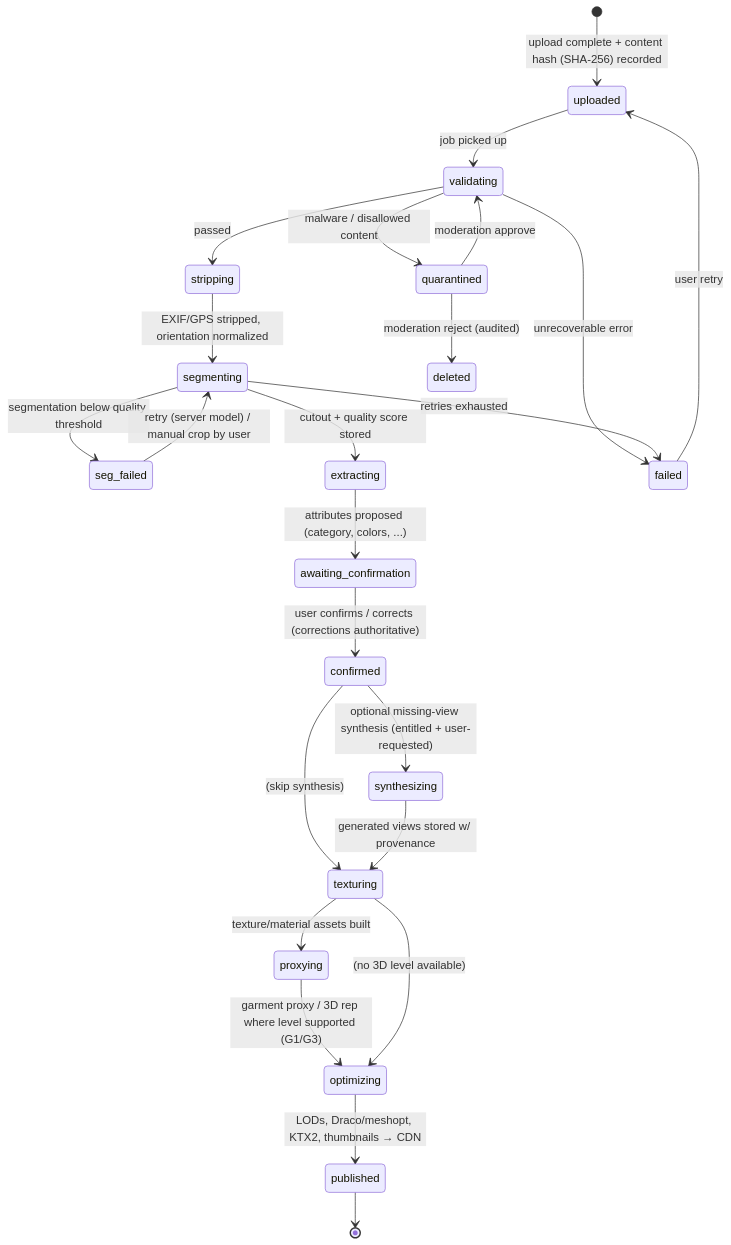
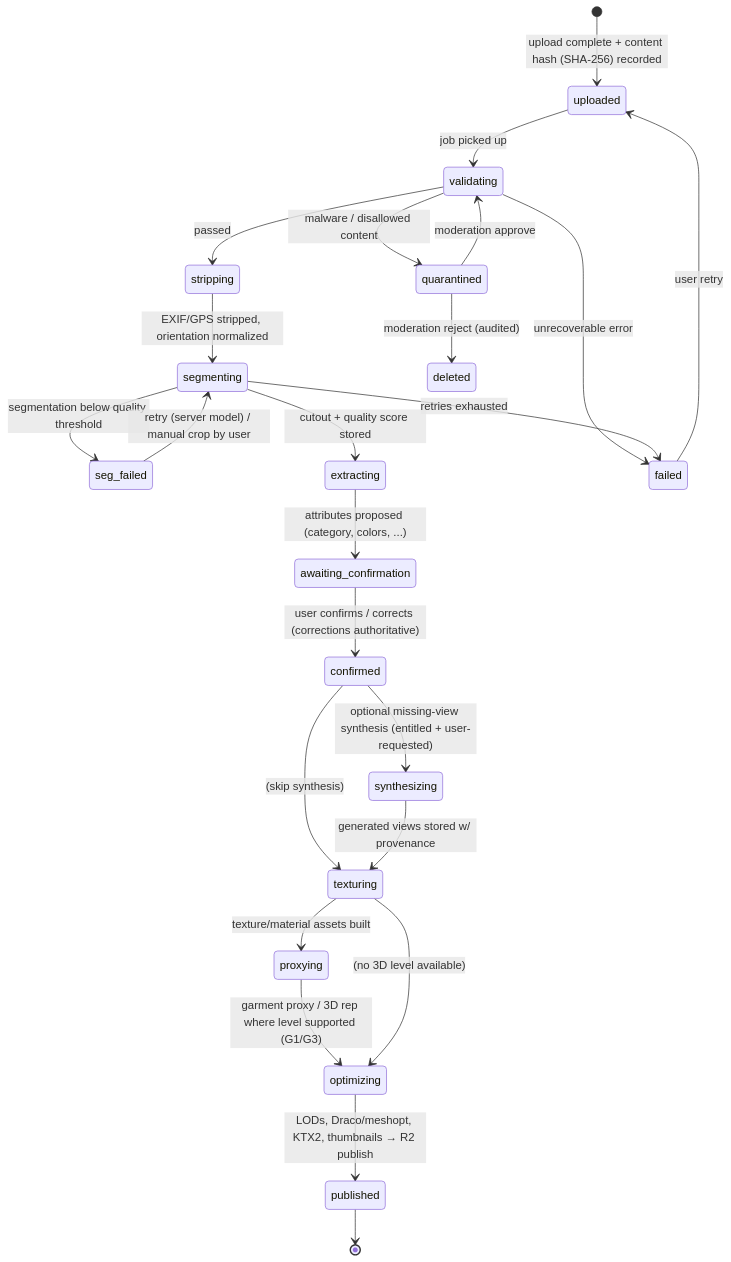
Before and after one commit to ArtMin96/ai-stylist: the diagram in planning/07-3d-avatar-and-garment-pipeline.md, drawn with Mermaid. The commit also changed other lines of this file and 99 other files, not shown here.

````diff
--- a/planning/07-3d-avatar-and-garment-pipeline.md
+++ b/planning/07-3d-avatar-and-garment-pipeline.md
@@ -227,26 +227,26 @@
 ```mermaid
 stateDiagram-v2
     [*] --> uploaded : upload complete + content hash (SHA-256) recorded
     uploaded --> validating : job picked up
     validating --> quarantined : malware / disallowed content
     validating --> stripping : passed
     stripping --> segmenting : EXIF/GPS stripped, orientation normalized
     segmenting --> seg_failed : segmentation below quality threshold
     seg_failed --> segmenting : retry (server model) / manual crop by user
     segmenting --> extracting : cutout + quality score stored
     extracting --> awaiting_confirmation : attributes proposed (category, colors, ...)
     awaiting_confirmation --> confirmed : user confirms / corrects (corrections authoritative)
     confirmed --> synthesizing : optional missing-view synthesis (entitled + user-requested)
     confirmed --> texturing : (skip synthesis)
     synthesizing --> texturing : generated views stored w/ provenance
     texturing --> proxying : texture/material assets built
     proxying --> optimizing : garment proxy / 3D rep where level supported (G1/G3)
     texturing --> optimizing : (no 3D level available)
-    optimizing --> published : LODs, Draco/meshopt, KTX2, thumbnails → CDN
+    optimizing --> published : LODs, Draco/meshopt, KTX2, thumbnails → R2 publish
     published --> [*]
     quarantined --> deleted : moderation reject (audited)
     quarantined --> validating : moderation approve
     validating --> failed : unrecoverable error
     segmenting --> failed : retries exhausted
     failed --> uploaded : user retry
 ```
````
